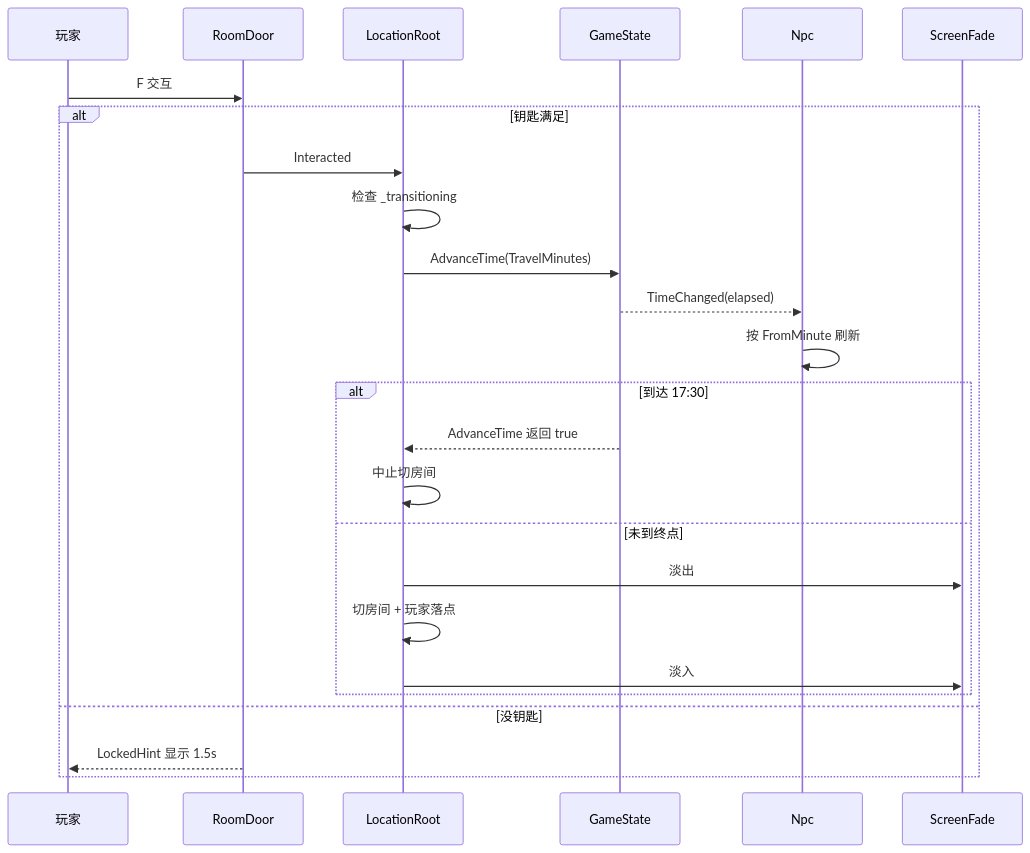
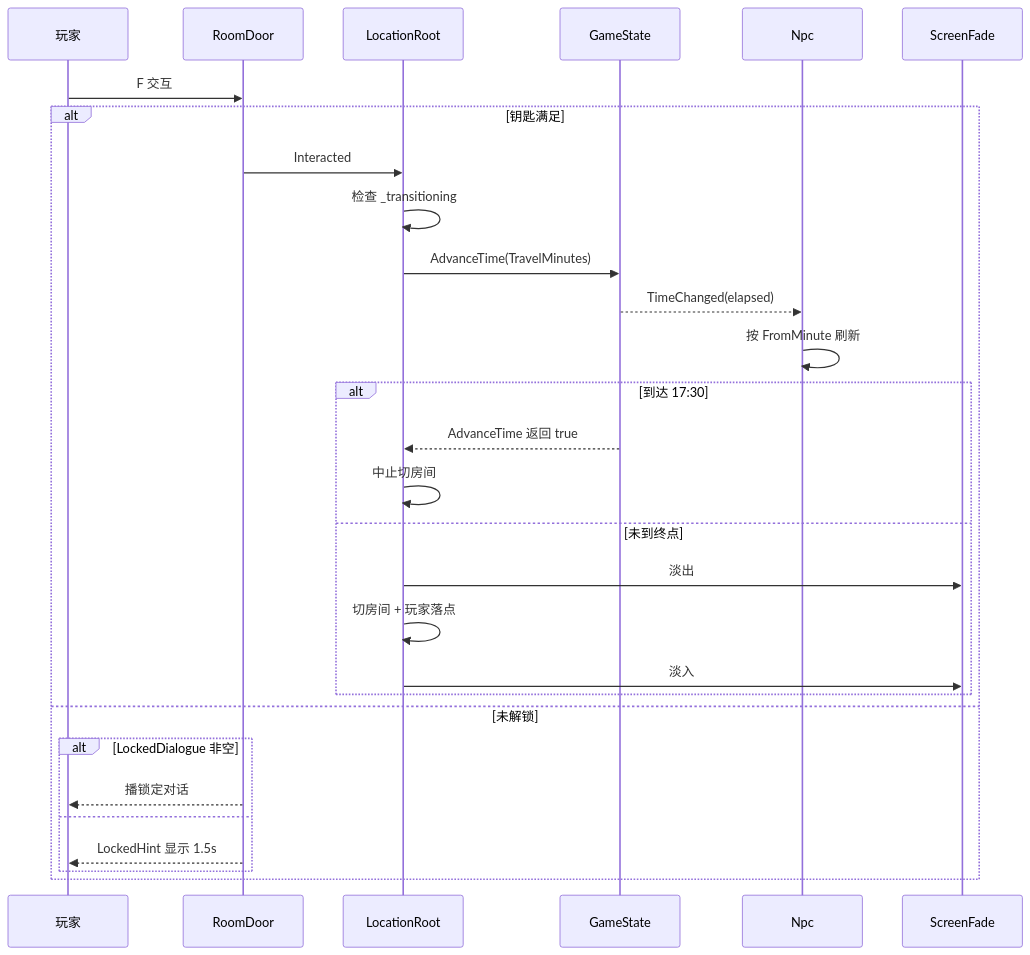
Before and after one commit to Yumihoshi/pandagj-2026: the fifth of 5 diagrams in docs/superpowers/specs/2026-11-07-time-system-design.md, drawn with Mermaid. The commit also changed 14 other files, not shown here.

````diff
--- a/docs/superpowers/specs/2026-11-07-time-system-design.md
+++ b/docs/superpowers/specs/2026-11-07-time-system-design.md
@@ -585,27 +585,31 @@
 ```mermaid
 sequenceDiagram
     participant U as 玩家
     participant D as RoomDoor
     participant L as LocationRoot
     participant S as GameState
     participant N as Npc
     participant F as ScreenFade
     U->>D: F 交互
     alt 钥匙满足
         D->>L: Interacted
         L->>L: 检查 _transitioning
         L->>S: AdvanceTime(TravelMinutes)
         S-->>N: TimeChanged(elapsed)
         N->>N: 按 FromMinute 刷新
         alt 到达 17:30
             S-->>L: AdvanceTime 返回 true
             L->>L: 中止切房间
         else 未到终点
             L->>F: 淡出
             L->>L: 切房间 + 玩家落点
             L->>F: 淡入
         end
-    else 没钥匙
-        D-->>U: LockedHint 显示 1.5s
+    else 未解锁
+        alt LockedDialogue 非空
+            D-->>U: 播锁定对话
+        else
+            D-->>U: LockedHint 显示 1.5s
+        end
     end
 ```
````
